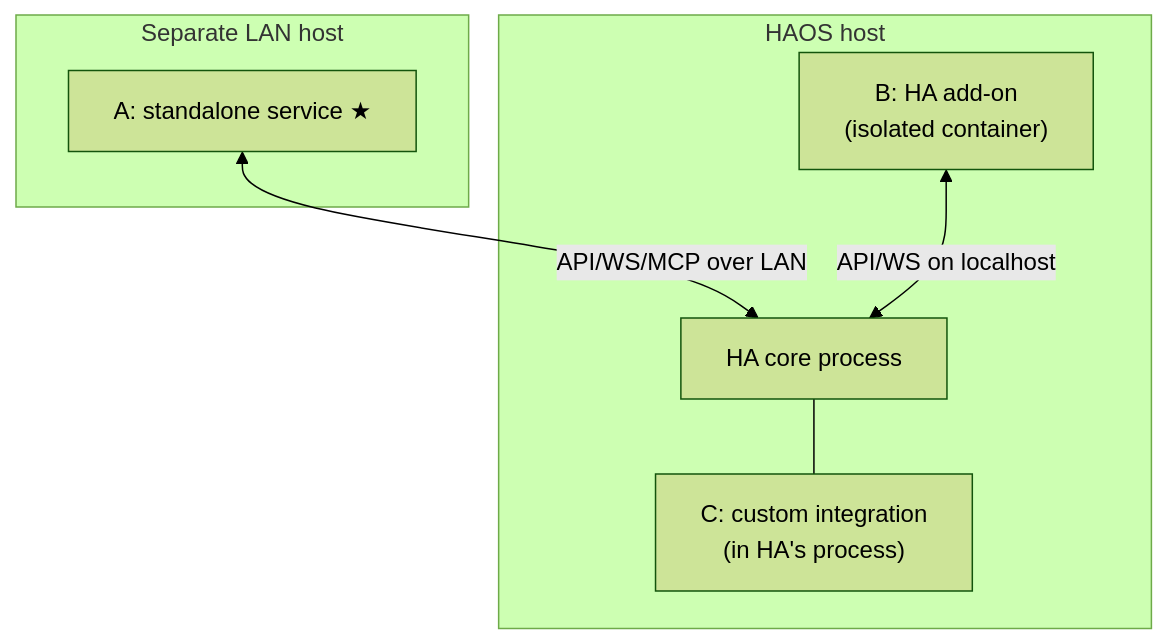
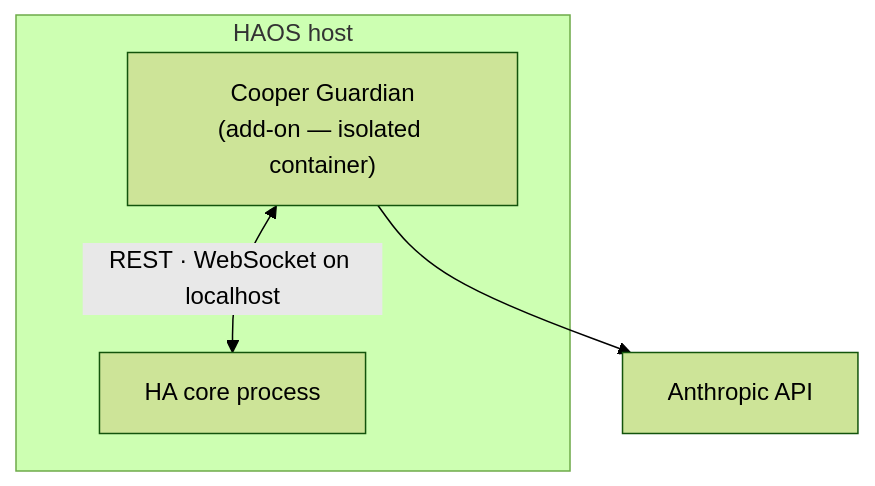
One commit to kunalkhosla/jarvis changed the third of 3 diagrams in docs/ARCHITECTURE.md. Above: the diagram before and after it, drawn with Mermaid (forest theme). The commit also changed other lines of this file and 3 other files, not shown here.

````diff
--- a/docs/ARCHITECTURE.md
+++ b/docs/ARCHITECTURE.md
@@ -145,14 +122,9 @@
 ```mermaid
 flowchart TB
     subgraph BOX["HAOS host"]
       HACORE["HA core process"]
-      ADDON["B: HA add-on<br/>(isolated container)"]
-      COMP["C: custom integration<br/>(in HA's process)"]
-      HACORE --- COMP
+      ADDON["Cooper Guardian<br/>(add-on — isolated container)"]
+      ADDON <-->|REST · WebSocket on localhost| HACORE
     end
-    subgraph SRV["Separate LAN host"]
-      STANDALONE["A: standalone service ★"]
-    end
-    STANDALONE <-->|API/WS/MCP over LAN| HACORE
-    ADDON <-->|API/WS on localhost| HACORE
+    ADDON --> ANTH["Anthropic API"]
 ```
````
